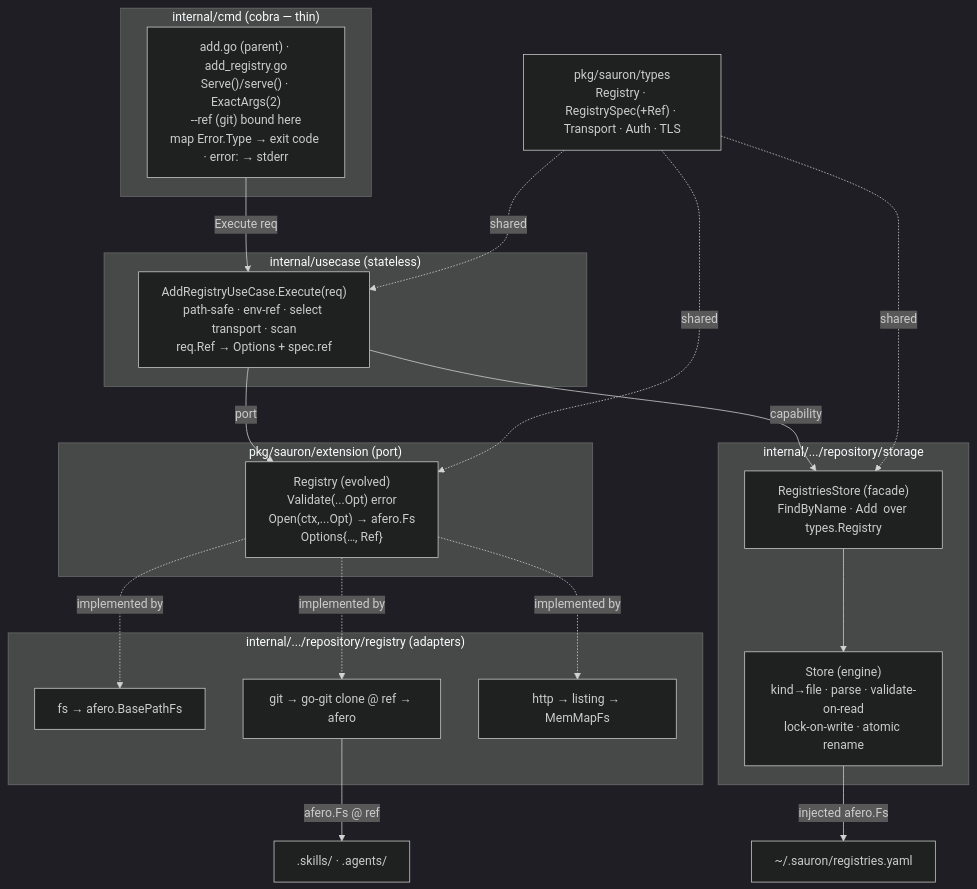
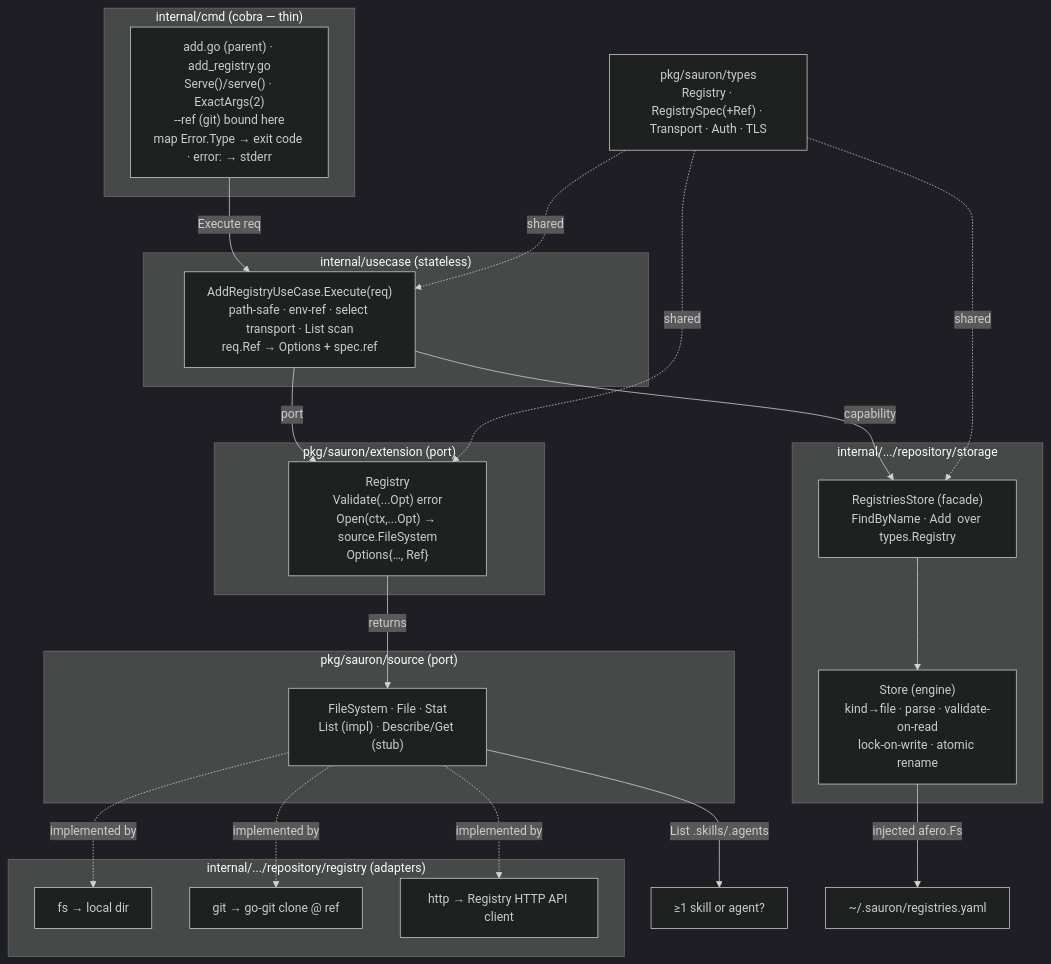
Before and after one commit to Delfimarime/sauron: the first of 3 diagrams in spec/0001-add-registry/plan.md, drawn with Mermaid (dark theme). The commit also changed other lines of this file and 3 other files, not shown here.

````diff
--- a/spec/0001-add-registry/plan.md
+++ b/spec/0001-add-registry/plan.md
@@ -97,35 +68,39 @@
 ```mermaid
 graph TD
   subgraph cmd["internal/cmd (cobra — thin)"]
     AR["add.go (parent) · add_registry.go<br/>Serve()/serve() · ExactArgs(2)<br/>--ref (git) bound here<br/>map Error.Type → exit code · error: → stderr"]
   end
   subgraph uc["internal/usecase (stateless)"]
-    UC["AddRegistryUseCase.Execute(req)<br/>path-safe · env-ref · select transport · scan<br/>req.Ref → Options + spec.ref"]
+    UC["AddRegistryUseCase.Execute(req)<br/>path-safe · env-ref · select transport · List scan<br/>req.Ref → Options + spec.ref"]
   end
   subgraph ext["pkg/sauron/extension (port)"]
-    P["Registry (evolved)<br/>Validate(...Opt) error<br/>Open(ctx,...Opt) → afero.Fs<br/>Options{…, Ref}"]
+    P["Registry<br/>Validate(...Opt) error<br/>Open(ctx,...Opt) → source.FileSystem<br/>Options{…, Ref}"]
+  end
+  subgraph src["pkg/sauron/source (port)"]
+    SRC["FileSystem · File · Stat<br/>List (impl) · Describe/Get (stub)"]
   end
   subgraph reg["internal/.../repository/registry (adapters)"]
-    FS["fs → afero.BasePathFs"]
-    GIT["git → go-git clone @ ref → afero"]
-    HTTP["http → listing → MemMapFs"]
+    FS["fs → local dir"]
+    GIT["git → go-git clone @ ref"]
+    HTTP["http → Registry HTTP API client"]
   end
   subgraph store["internal/.../repository/storage"]
     RS["RegistriesStore (facade)<br/>FindByName · Add  over types.Registry"]
     ST["Store (engine)<br/>kind→file · parse · validate-on-read<br/>lock-on-write · atomic rename"]
   end
   TYPES["pkg/sauron/types<br/>Registry · RegistrySpec(+Ref) · Transport · Auth · TLS"]
 
   AR -->|Execute req| UC
   UC -->|port| P
   UC -->|capability| RS
-  P -.implemented by.-> FS
-  P -.implemented by.-> GIT
-  P -.implemented by.-> HTTP
+  P -->|returns| SRC
+  SRC -.implemented by.-> FS
+  SRC -.implemented by.-> GIT
+  SRC -.implemented by.-> HTTP
   RS --> ST
-  GIT -->|afero.Fs @ ref| CONTENT[".skills/ · .agents/"]
+  SRC -->|List .skills/.agents| CONTENT["≥1 skill or agent?"]
   ST -->|injected afero.Fs| HOME["~/.sauron/registries.yaml"]
   TYPES -.shared.-> UC
   TYPES -.shared.-> P
   TYPES -.shared.-> RS
 ```
````
